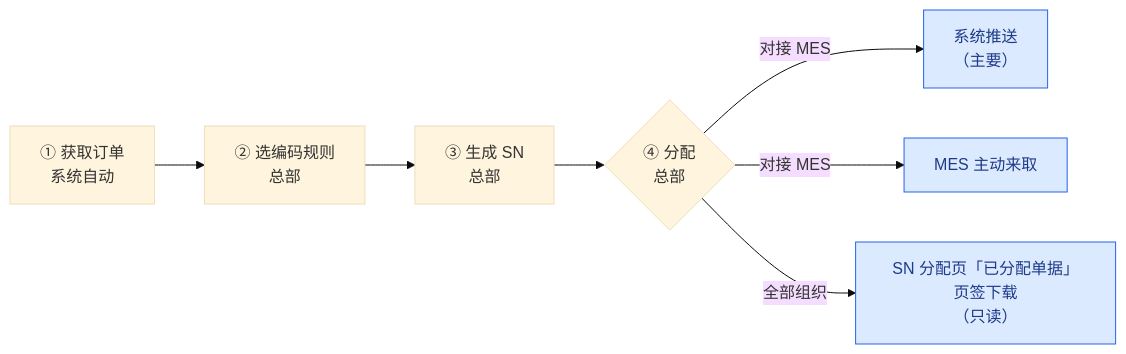
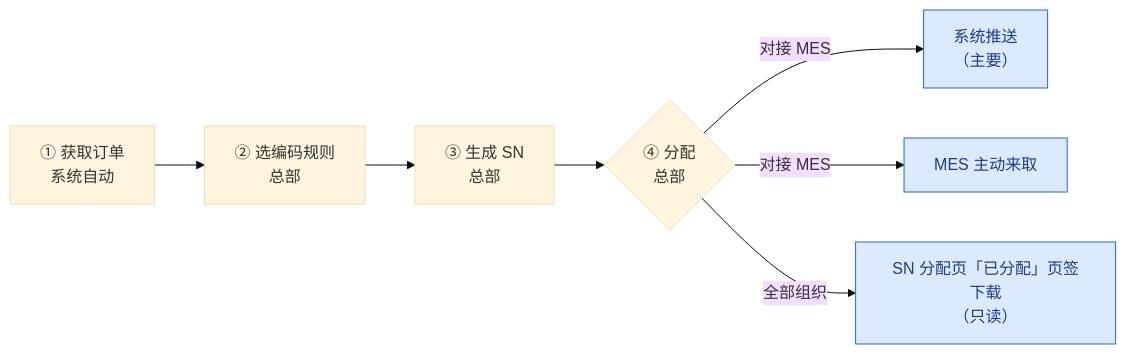
The diagram in docs/SN 防重管控业务说明.md (Createsnow/sn-center), drawn with Mermaid (base theme) before and after one commit. The commit also changed other lines of this file and 18 other files, not shown here.

First line of the commit message:
SN 分配页：左侧按单据列出（待分配 / 待处理 / 已分配），右侧加推送进度条、去掉多余页签与列

````diff
--- a/docs/SN 防重管控业务说明.md
+++ b/docs/SN 防重管控业务说明.md
@@ -74,11 +74,11 @@
 ```mermaid
 flowchart LR
   A["① 获取订单<br/>系统自动"] --> B["② 选编码规则<br/>总部"]
   B --> C["③ 生成 SN<br/>总部"]
   C --> D{"④ 分配<br/>总部"}
   D -->|对接 MES| E["系统推送<br/>（主要）"]
   D -->|对接 MES| F["MES 主动来取"]
-  D -->|全部组织| G["SN 分配页「已分配单据」页签下载<br/>（只读）"]
+  D -->|全部组织| G["SN 分配页「已分配」页签下载<br/>（只读）"]
   classDef site fill:#dbeafe,stroke:#2563eb,color:#1e3a8a
   class E,F,G site
 ```
````
